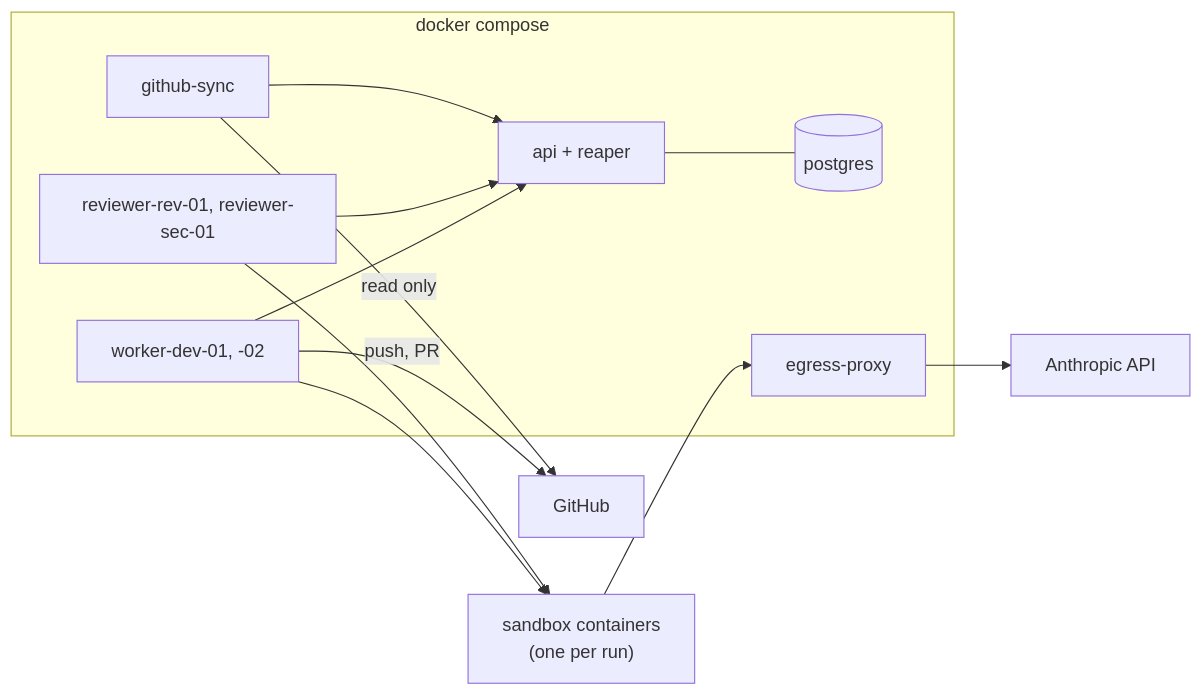
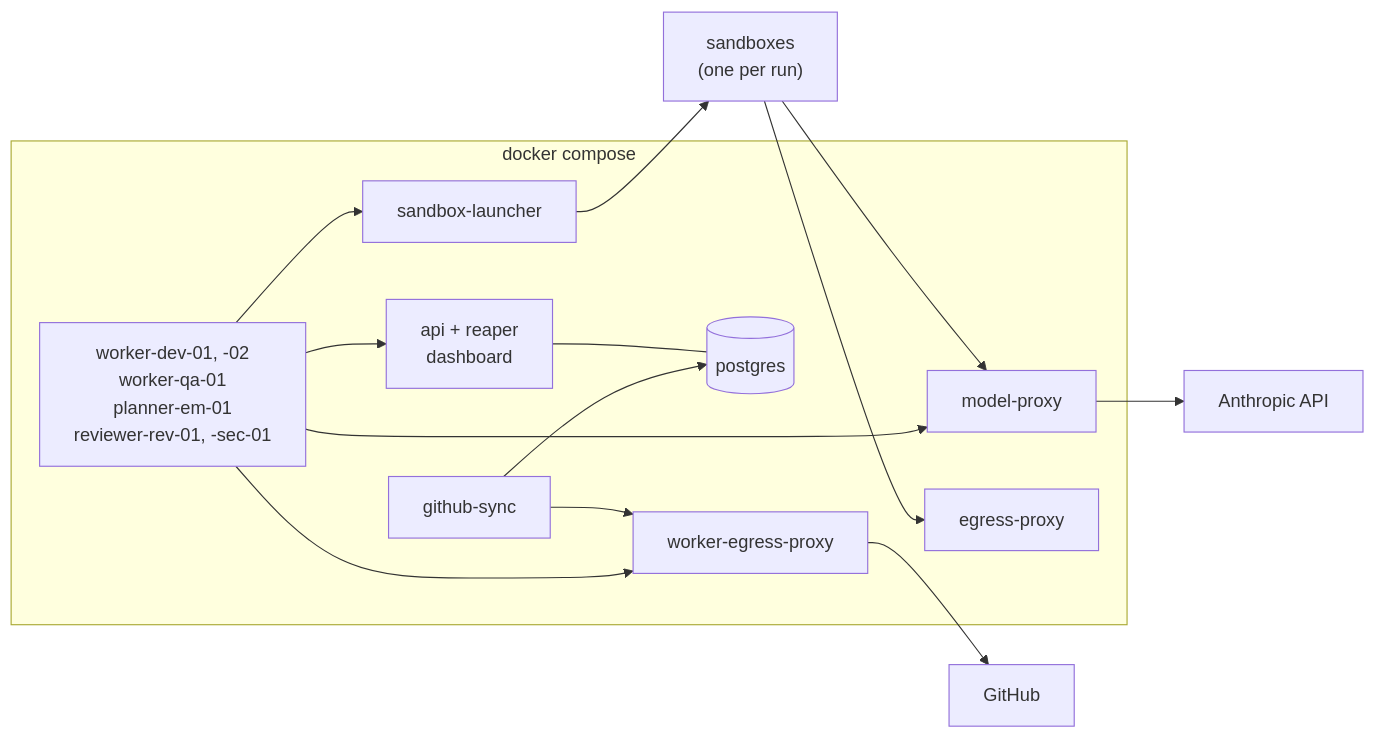
The second of 2 diagrams in README.md (bharathcmbox/axiom), drawn with Mermaid before and after one commit. The commit also changed other lines of this file and 5 other files, not shown here.

````diff
--- a/README.md
+++ b/README.md
@@ -47,22 +56,25 @@
 ```mermaid
 flowchart LR
     subgraph c["docker compose"]
-        api["api + reaper"]
+        api["api + reaper<br/>dashboard"]
         db[(postgres)]
-        w["worker-dev-01, -02"]
-        r["reviewer-rev-01, reviewer-sec-01"]
+        w["worker-dev-01, -02<br/>worker-qa-01<br/>planner-em-01<br/>reviewer-rev-01, -sec-01"]
         s["github-sync"]
-        p["egress-proxy"]
+        mp["model-proxy"]
+        la["sandbox-launcher"]
+        wp["worker-egress-proxy"]
+        sp["egress-proxy"]
     end
-    sb["sandbox containers<br/>(one per run)"]
+    sb["sandboxes<br/>(one per run)"]
     gh[GitHub]
+    an[Anthropic API]
     w --> api
-    r --> api
-    s --> api
+    s --> db
     api --- db
-    w --> sb
-    r --> sb
-    sb --> p --> an[Anthropic API]
-    w -->|"push, PR"| gh
-    s -->|"read only"| gh
+    w --> la --> sb
+    w --> mp
+    sb --> mp --> an
+    sb --> sp
+    w --> wp --> gh
+    s --> wp
 ```
````
